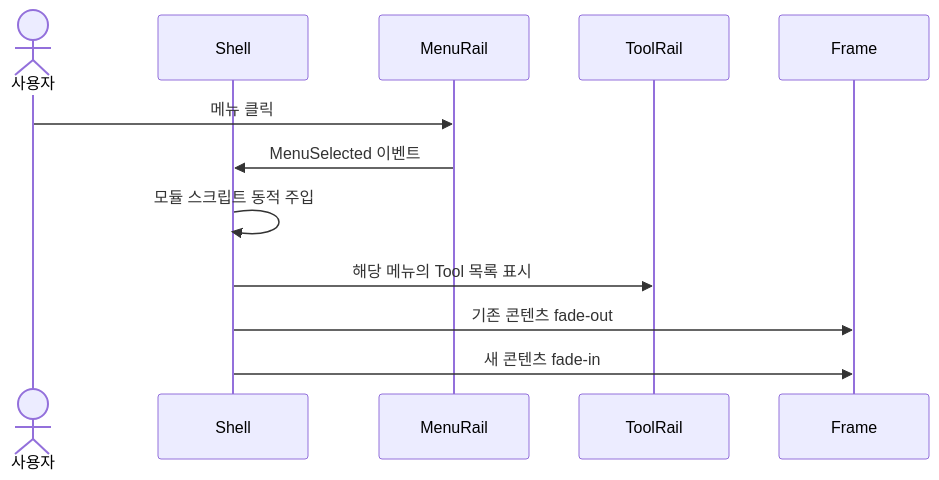
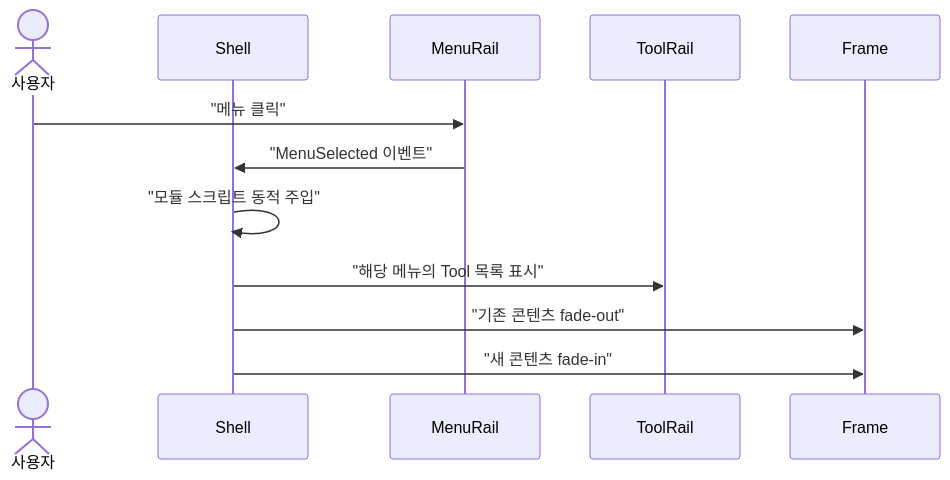
One commit to sayaya1090/handbook changed diagram 16 of 25 in docs/usecases.md. Above: the diagram before and after it, drawn with Mermaid. The commit also changed other lines of this file and 22 other files, not shown here.

First line of the commit message:
docs: Mermaid 다이어그램 렌더링 오류 수정을 위한 구문 전수 교정

````diff
--- a/docs/usecases.md
+++ b/docs/usecases.md
@@ -1252,15 +1252,15 @@
 ```mermaid
 sequenceDiagram
     actor U as 사용자
     participant Shell
     participant MenuRail
     participant ToolRail
     participant Frame
 
-    U->>MenuRail: 메뉴 클릭
-    MenuRail->>Shell: MenuSelected 이벤트
-    Shell->>Shell: 모듈 스크립트 동적 주입
-    Shell->>ToolRail: 해당 메뉴의 Tool 목록 표시
-    Shell->>Frame: 기존 콘텐츠 fade-out
-    Shell->>Frame: 새 콘텐츠 fade-in
+    U->>MenuRail: "메뉴 클릭"
+    MenuRail->>Shell: "MenuSelected 이벤트"
+    Shell->>Shell: "모듈 스크립트 동적 주입"
+    Shell->>ToolRail: "해당 메뉴의 Tool 목록 표시"
+    Shell->>Frame: "기존 콘텐츠 fade-out"
+    Shell->>Frame: "새 콘텐츠 fade-in"
 ```
````
